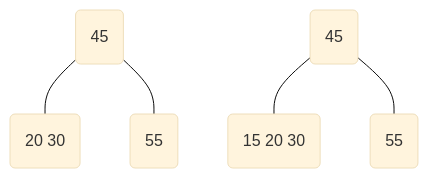
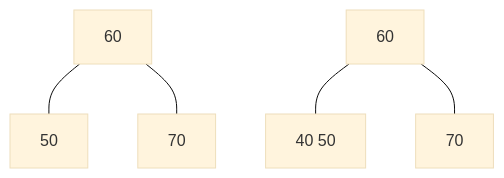
Before and after one commit to chupai/website-hugo: the fifth of 23 diagrams in content/posts/2007/ds_redblack-tree-1.md, drawn with Mermaid (base theme). The commit also changed other lines of this file and 49 other files, not shown here.

````diff
--- a/content/posts/2007/ds_redblack-tree-1.md
+++ b/content/posts/2007/ds_redblack-tree-1.md
@@ -135,5 +228,5 @@
 ```mermaid
 graph TB;
-  A(45) --- B(20 30) & C(55);
-  AA(45) --- BB(15 20 30) & CC(55);
+  A[60] --- B[50] & C[70];
+  AA[60] --- BB[40 50] & CC[70];
 ```
````
